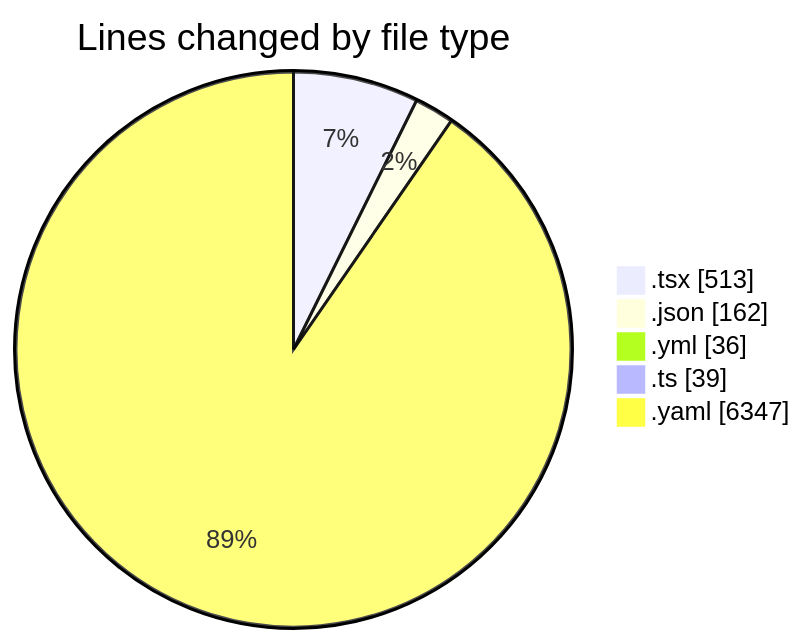
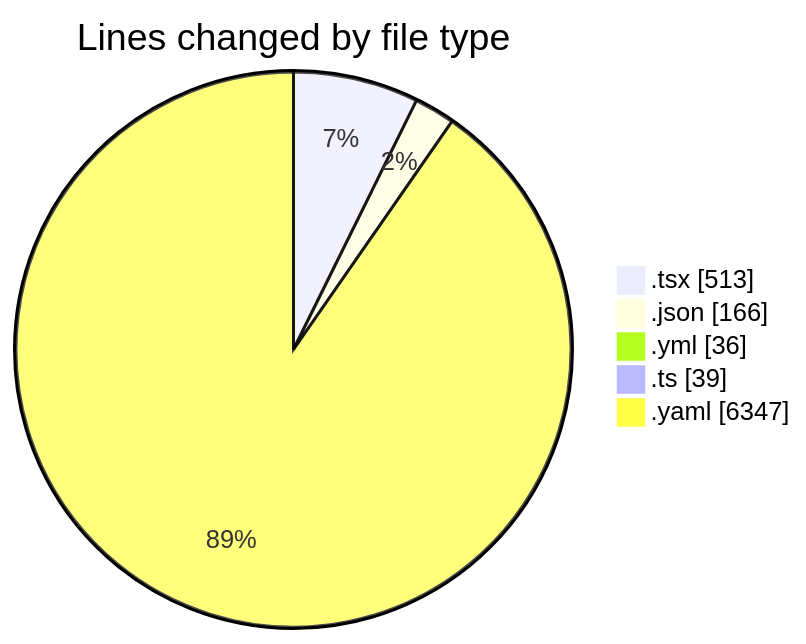
One commit to julien-gomy/code-tracking changed the first of 2 diagrams in 2025-11-27/eventscop-frontend-guide__workspace_/README.md. Above: the diagram before and after it, drawn with Mermaid. The commit also changed other lines of this file and 1 other file, not shown here.

````diff
--- a/2025-11-27/eventscop-frontend-guide__workspace_/README.md
+++ b/2025-11-27/eventscop-frontend-guide__workspace_/README.md
@@ -32,9 +32,9 @@
 ```mermaid
 pie showData
 title Lines changed by file type
 ".tsx" : 513
-".json" : 162
+".json" : 166
 ".yml" : 36
 ".ts" : 39
 ".yaml" : 6347
 ```
````
